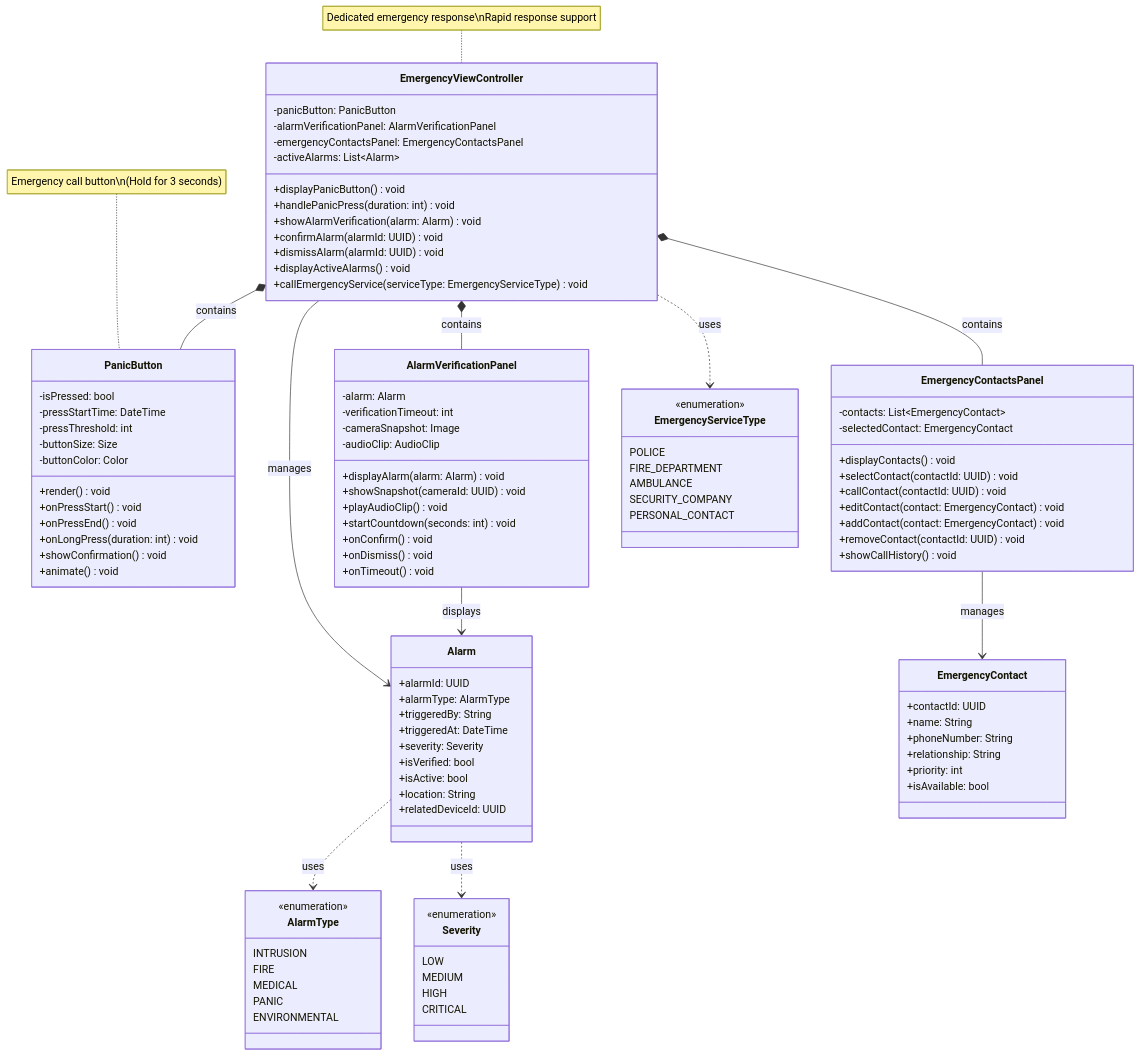
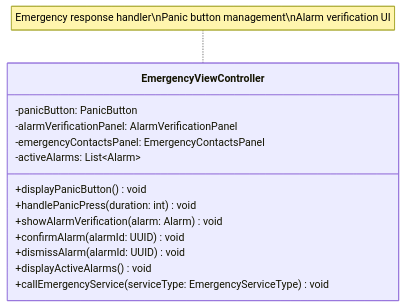
The sixth of 11 diagrams in diagrams/presentation_class_diagram.md (mj010101/swe_25f), drawn with Mermaid before and after one commit. The commit also changed other lines of this file and 1 other file, not shown here.

Commit message:
fix: presentation layer diagram

````diff
--- a/diagrams/presentation_class_diagram.md
+++ b/diagrams/presentation_class_diagram.md
@@ -589,5 +163,7 @@
 ```mermaid
 classDiagram
+    direction TB
+
     class EmergencyViewController {
         -panicButton: PanicButton
         -alarmVerificationPanel: AlarmVerificationPanel
@@ -602,103 +178,5 @@
         +callEmergencyService(serviceType: EmergencyServiceType) void
     }
 
-    class PanicButton {
-        -isPressed: bool
-        -pressStartTime: DateTime
-        -pressThreshold: int
-        -buttonSize: Size
-        -buttonColor: Color
-        +render() void
-        +onPressStart() void
-        +onPressEnd() void
-        +onLongPress(duration: int) void
-        +showConfirmation() void
-        +animate() void
-    }
-
-    class AlarmVerificationPanel {
-        -alarm: Alarm
-        -verificationTimeout: int
-        -cameraSnapshot: Image
-        -audioClip: AudioClip
-        +displayAlarm(alarm: Alarm) void
-        +showSnapshot(cameraId: UUID) void
-        +playAudioClip() void
-        +startCountdown(seconds: int) void
-        +onConfirm() void
-        +onDismiss() void
-        +onTimeout() void
-    }
-
-    class EmergencyContactsPanel {
-        -contacts: List~EmergencyContact~
-        -selectedContact: EmergencyContact
-        +displayContacts() void
-        +selectContact(contactId: UUID) void
-        +callContact(contactId: UUID) void
-        +editContact(contact: EmergencyContact) void
-        +addContact(contact: EmergencyContact) void
-        +removeContact(contactId: UUID) void
-        +showCallHistory() void
-    }
-
-    class Alarm {
-        +alarmId: UUID
-        +alarmType: AlarmType
-        +triggeredBy: String
-        +triggeredAt: DateTime
-        +severity: Severity
-        +isVerified: bool
-        +isActive: bool
-        +location: String
-        +relatedDeviceId: UUID
-    }
-
-    class EmergencyContact {
-        +contactId: UUID
-        +name: String
-        +phoneNumber: String
-        +relationship: String
-        +priority: int
-        +isAvailable: bool
-    }
-
-    class EmergencyServiceType {
-        <<enumeration>>
-        POLICE
-        FIRE_DEPARTMENT
-        AMBULANCE
-        SECURITY_COMPANY
-        PERSONAL_CONTACT
-    }
-
-    class AlarmType {
-        <<enumeration>>
-        INTRUSION
-        FIRE
-        MEDICAL
-        PANIC
-        ENVIRONMENTAL
-    }
-
-    class Severity {
-        <<enumeration>>
-        LOW
-        MEDIUM
-        HIGH
-        CRITICAL
-    }
-
-    EmergencyViewController *-- PanicButton : contains
-    EmergencyViewController *-- AlarmVerificationPanel : contains
-    EmergencyViewController *-- EmergencyContactsPanel : contains
-    EmergencyViewController --> Alarm : manages
-    AlarmVerificationPanel --> Alarm : displays
-    EmergencyContactsPanel --> EmergencyContact : manages
-    Alarm ..> AlarmType : uses
-    Alarm ..> Severity : uses
-    EmergencyViewController ..> EmergencyServiceType : uses
-
-    note for EmergencyViewController "Dedicated emergency response\nRapid response support"
-    note for PanicButton "Emergency call button\n(Hold for 3 seconds)"
+    note for EmergencyViewController "Emergency response handler\nPanic button management\nAlarm verification UI"
 ```
````
